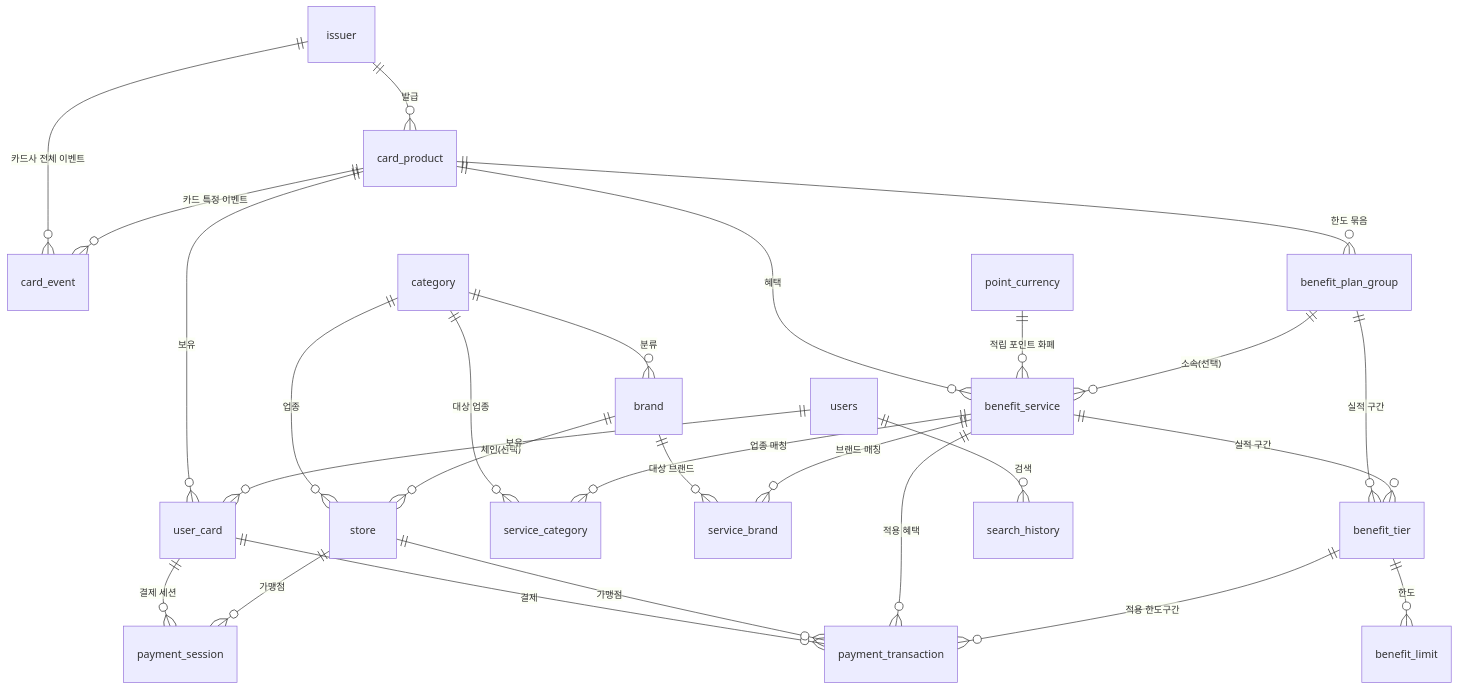
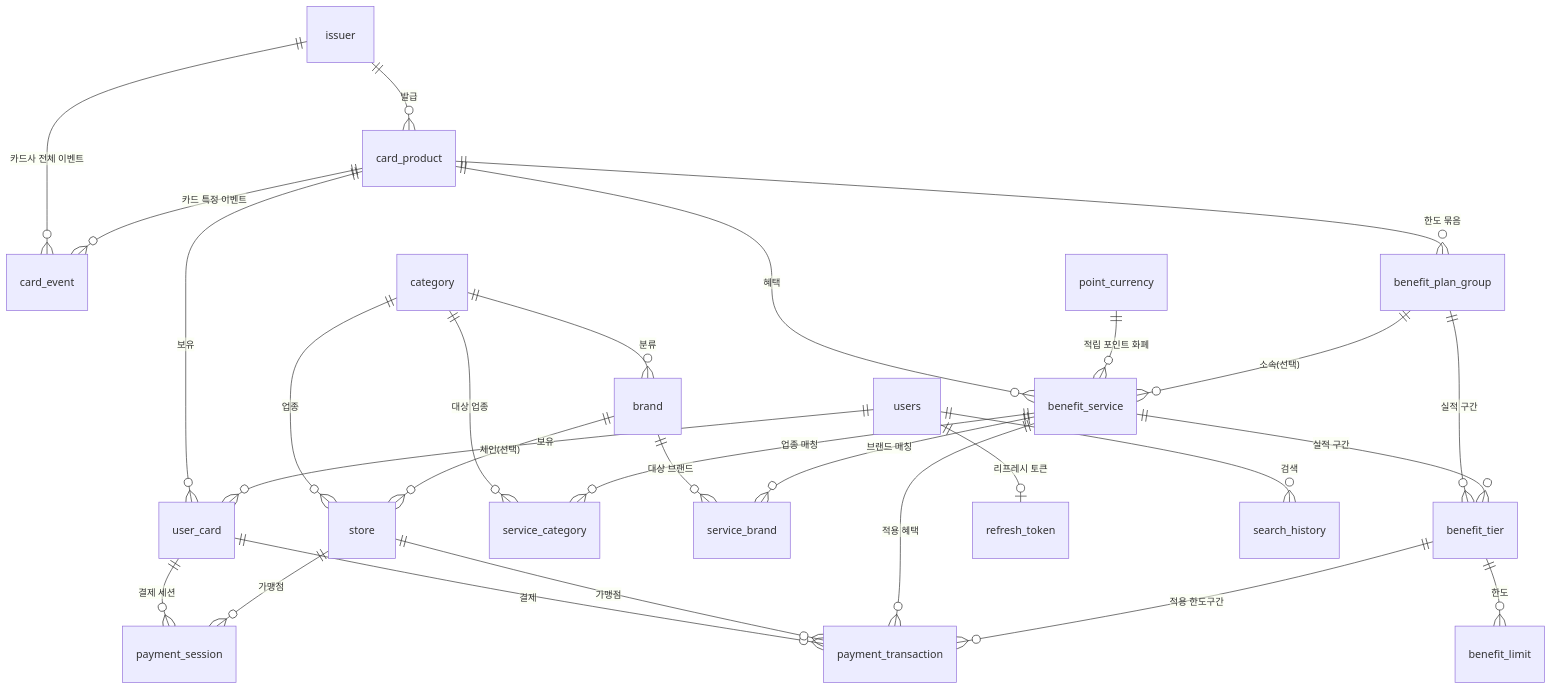
Before and after one commit to heartbeat-kb-town/fitwallet-backend: the diagram in docs/erd.md, drawn with Mermaid. The commit also changed other lines of this file and 2 other files, not shown here.

First line of the commit message:
chore: refresh_token 테이블 분리 및 payment_session/store 스키마 조정

````diff
--- a/docs/erd.md
+++ b/docs/erd.md
@@ -26,32 +26,33 @@
 ```mermaid
 erDiagram
     issuer            ||--o{ card_product        : "발급"
     issuer            ||--o{ card_event          : "카드사 전체 이벤트"
     card_product      ||--o{ card_event          : "카드 특정 이벤트"
     card_product      ||--o{ benefit_plan_group  : "한도 묶음"
     card_product      ||--o{ benefit_service     : "혜택"
     card_product      ||--o{ user_card           : "보유"
 
     category          ||--o{ brand               : "분류"
     category          ||--o{ store               : "업종"
     category          ||--o{ service_category    : "대상 업종"
     brand             ||--o{ store               : "체인(선택)"
     brand             ||--o{ service_brand       : "대상 브랜드"
 
     point_currency    ||--o{ benefit_service     : "적립 포인트 화폐"
     benefit_plan_group ||--o{ benefit_service    : "소속(선택)"
     benefit_plan_group ||--o{ benefit_tier       : "실적 구간"
     benefit_service   ||--o{ benefit_tier        : "실적 구간"
     benefit_tier      ||--o{ benefit_limit       : "한도"
     benefit_service   ||--o{ service_brand       : "브랜드 매칭"
     benefit_service   ||--o{ service_category    : "업종 매칭"
 
+    users             ||--o| refresh_token       : "리프레시 토큰"
     users             ||--o{ user_card           : "보유"
     users             ||--o{ search_history      : "검색"
     user_card         ||--o{ payment_transaction : "결제"
     user_card         ||--o{ payment_session     : "결제 세션"
     store             ||--o{ payment_transaction : "가맹점"
     store             ||--o{ payment_session     : "가맹점"
     benefit_service   ||--o{ payment_transaction : "적용 혜택"
     benefit_tier      ||--o{ payment_transaction : "적용 한도구간"
 ```
````
